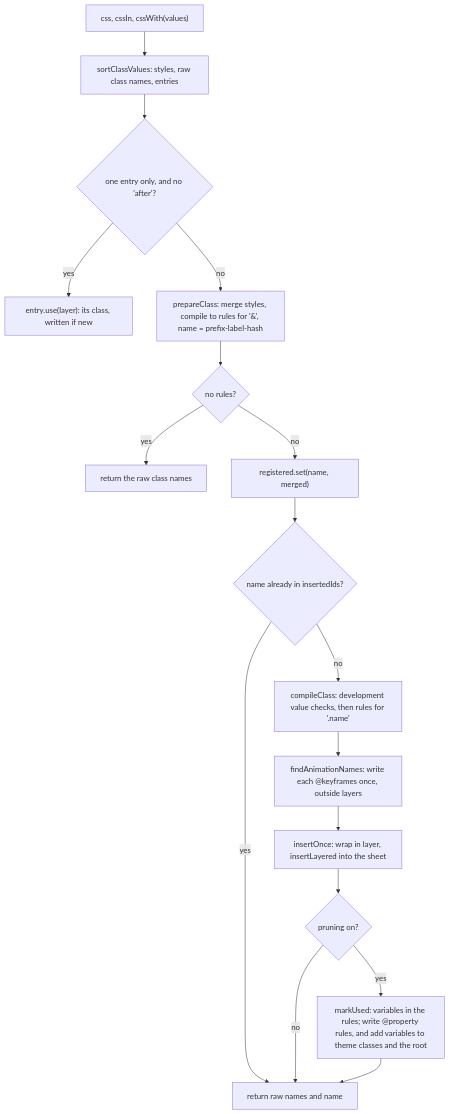
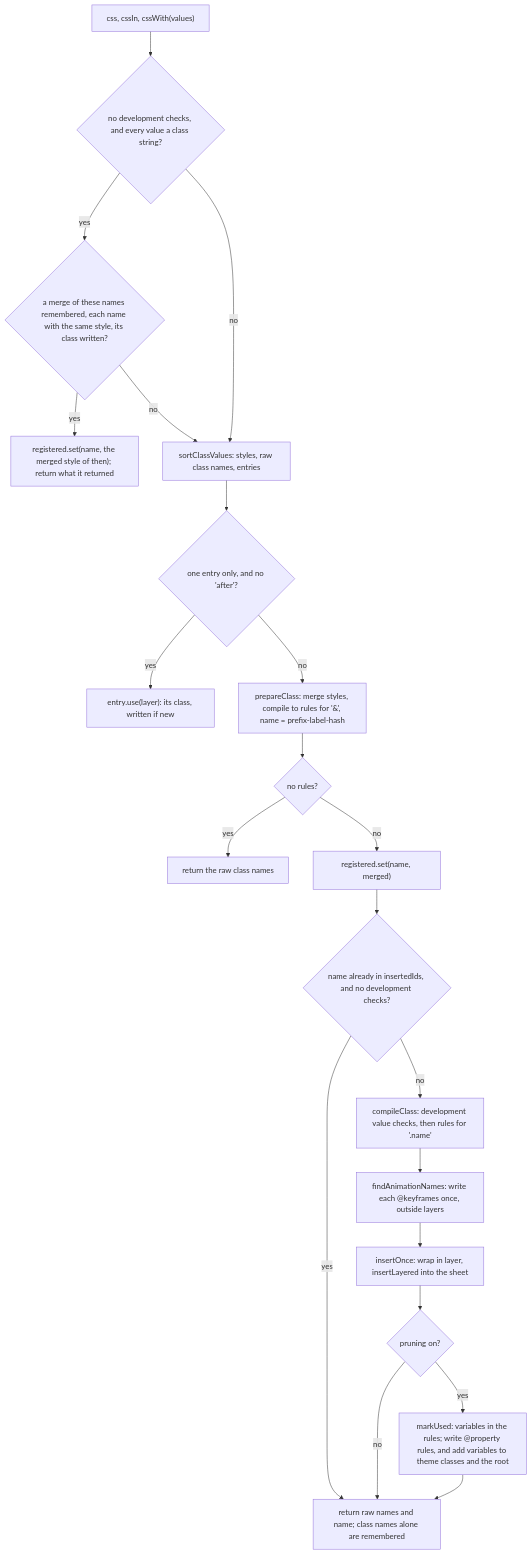
One commit to soroush-tech/umber-style changed the first of 3 diagrams in packages/core/src/cache.md. Above: the diagram before and after it, drawn with Mermaid. The commit also changed other lines of this file and 28 other files, not shown here.

Commit message:
perf: a class the cache has is not compiled again, merges of classes are remembered, tokens are shared by the engines of a family, and the scan of a page reads each class once - close #10

````diff
--- a/packages/core/src/cache.md
+++ b/packages/core/src/cache.md
@@ -23,19 +23,23 @@
 ```mermaid
 flowchart TD
-  entry["css, cssIn, cssWith(values)"] --> sort["sortClassValues: styles, raw class names, entries"]
+  entry["css, cssIn, cssWith(values)"] --> names{"no development checks, and every value a class string?"}
+  names -->|yes| memo{"a merge of these names remembered, each name with the same style, its class written?"}
+  memo -->|yes| again["registered.set(name, the merged style of then); return what it returned"]
+  memo -->|no| sort
+  names -->|no| sort["sortClassValues: styles, raw class names, entries"]
   sort --> sole{"one entry only, and no 'after'?"}
   sole -->|yes| use["entry.use(layer): its class, written if new"]
   sole -->|no| prep["prepareClass: merge styles, compile to rules for '&', name = prefix-label-hash"]
   prep --> empty{"no rules?"}
   empty -->|yes| raw["return the raw class names"]
   empty -->|no| reg["registered.set(name, merged)"]
-  reg --> seen{"name already in insertedIds?"}
-  seen -->|yes| ret["return raw names and name"]
+  reg --> seen{"name already in insertedIds, and no development checks?"}
+  seen -->|yes| ret["return raw names and name; class names alone are remembered"]
   seen -->|no| comp["compileClass: development value checks, then rules for '.name'"]
   comp --> kf["findAnimationNames: write each @keyframes once, outside layers"]
   kf --> once["insertOnce: wrap in layer, insertLayered into the sheet"]
   once --> prune{"pruning on?"}
   prune -->|yes| mark["markUsed: variables in the rules; write @property rules, and add variables to theme classes and the root"]
   prune -->|no| ret
   mark --> ret
 ```
````
